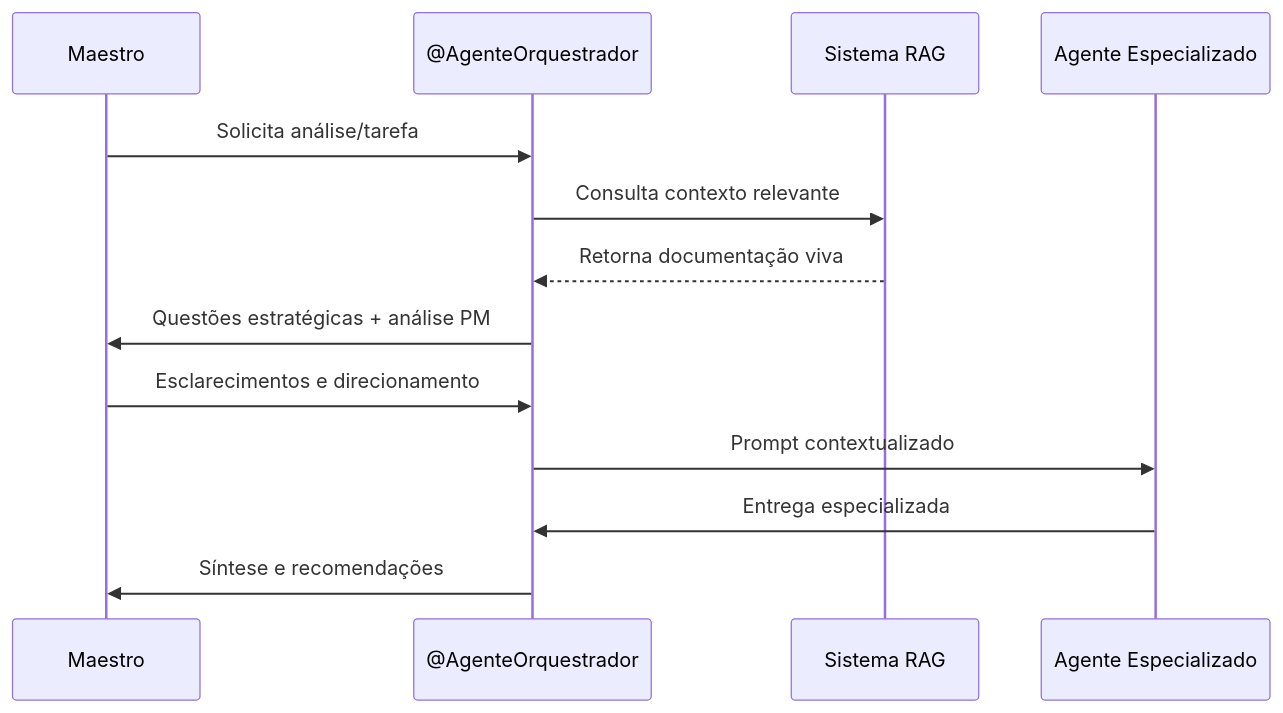
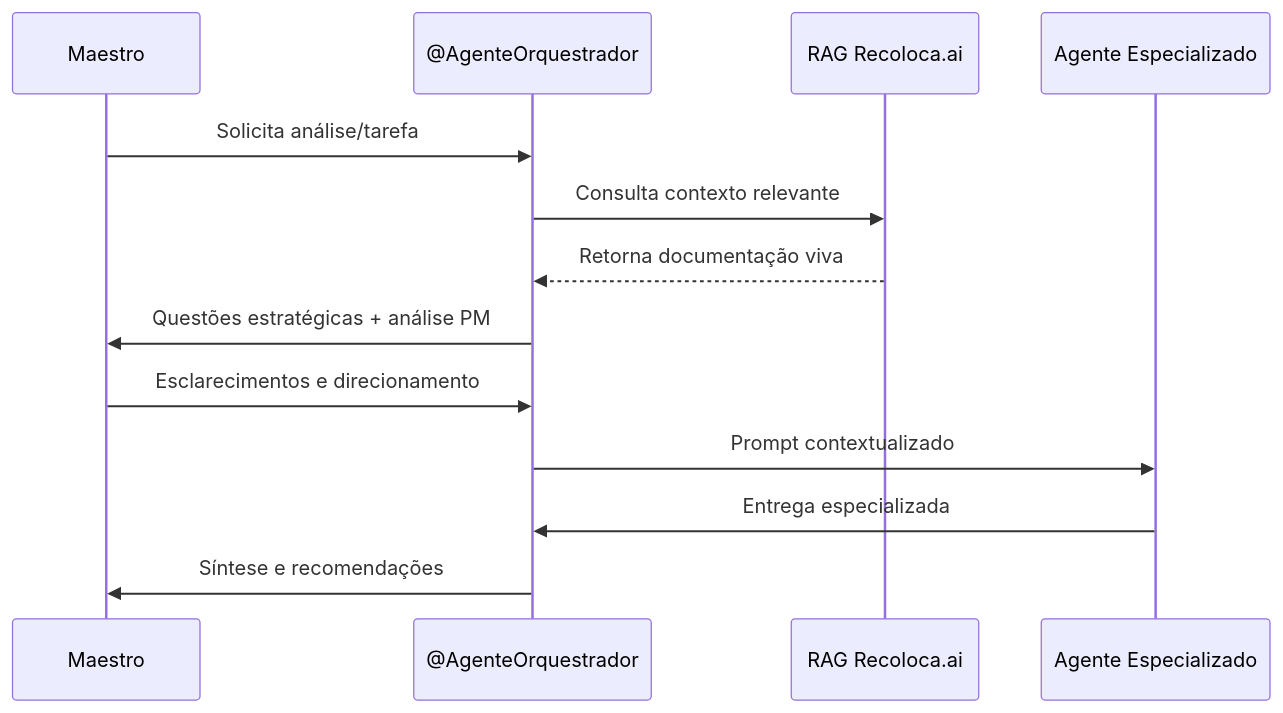
The diagram in docs/04_Agentes_IA/03_FLUXO_ORQUESTRACAO_AGENTES.md (brunosrosa/recoloca-ai), drawn with Mermaid before and after one commit. The commit also changed other lines of this file and 98 other files, not shown here.

````diff
--- a/docs/04_Agentes_IA/03_FLUXO_ORQUESTRACAO_AGENTES.md
+++ b/docs/04_Agentes_IA/03_FLUXO_ORQUESTRACAO_AGENTES.md
@@ -43,16 +43,16 @@
 ```mermaid
 sequenceDiagram
     participant M as Maestro
     participant AO as @AgenteOrquestrador
-    participant RAG as Sistema RAG
+    participant RAG as RAG Recoloca.ai
     participant AE as Agente Especializado
     
     M->>AO: Solicita análise/tarefa
     AO->>RAG: Consulta contexto relevante
     RAG-->>AO: Retorna documentação viva
     AO->>M: Questões estratégicas + análise PM
     M->>AO: Esclarecimentos e direcionamento
     AO->>AE: Prompt contextualizado
     AE->>AO: Entrega especializada
     AO->>M: Síntese e recomendações
 ```
````
